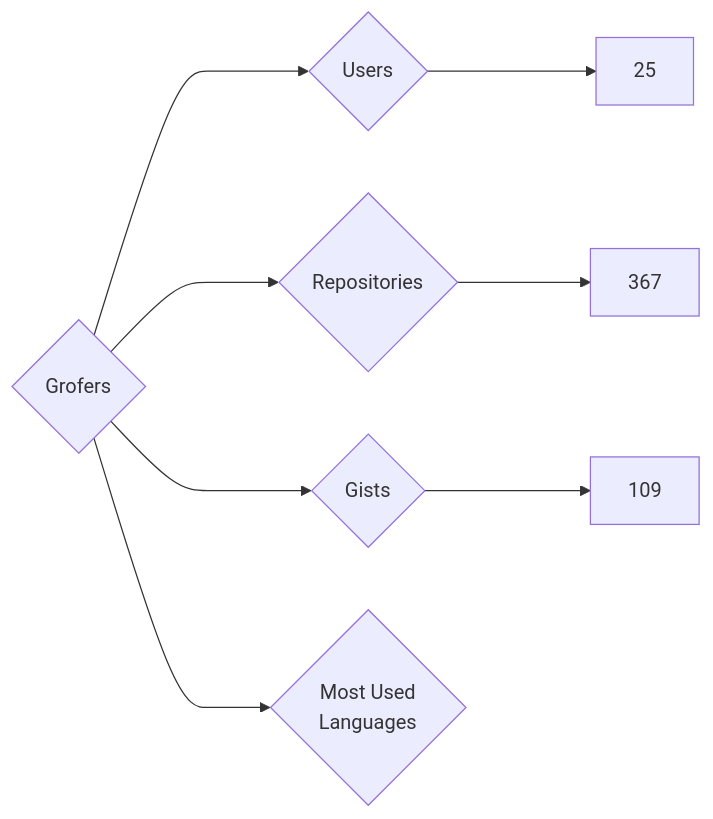
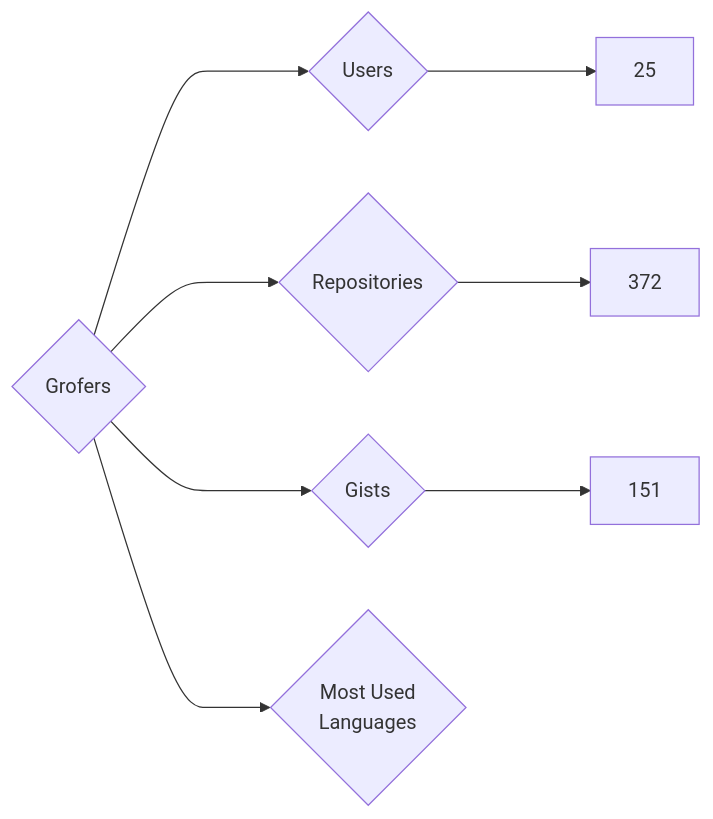
One commit to nenadzaric/insiders changed the diagram in targets/Grofers/README.md. Above: the diagram before and after it, drawn with Mermaid. The commit also changed 1342 other files, not shown here.

````diff
--- a/targets/Grofers/README.md
+++ b/targets/Grofers/README.md
@@ -3,8 +3,8 @@
 ```mermaid
 graph LR
 COMPANY_NAME{Grofers}
 COMPANY_NAME ---> U{Users} ---> UN[25]
-COMPANY_NAME ---> R{Repositories} ---> RN[367]
-COMPANY_NAME ---> G{Gists} ---> GN[109]
+COMPANY_NAME ---> R{Repositories} ---> RN[372]
+COMPANY_NAME ---> G{Gists} ---> GN[151]
 COMPANY_NAME ---> ML{Most Used<br>Languages}
 ```
````
